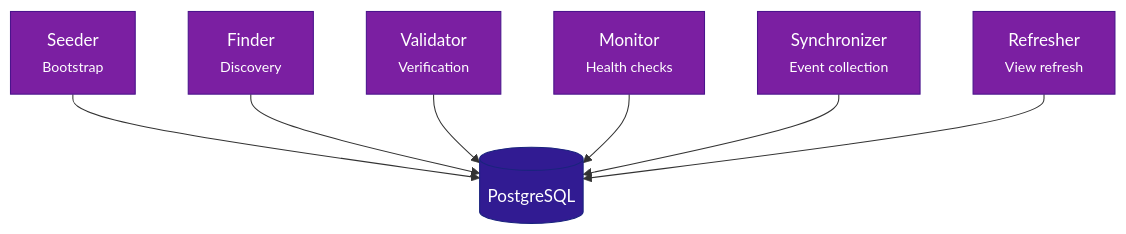
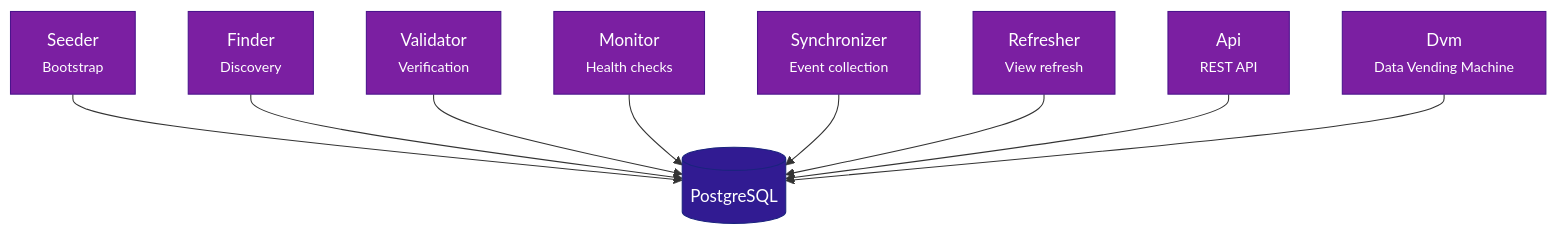
Before and after one commit to BigBrotr/bigbrotr: the diagram in docs/_snippets/pipeline.md, drawn with Mermaid. The commit also changed 11 other files, not shown here.

````diff
--- a/docs/_snippets/pipeline.md
+++ b/docs/_snippets/pipeline.md
@@ -1,26 +1,32 @@
 ```mermaid
 flowchart TD
     DB[("PostgreSQL")]
 
     SE["Seeder<br/><small>Bootstrap</small>"]
     FI["Finder<br/><small>Discovery</small>"]
     VA["Validator<br/><small>Verification</small>"]
     MO["Monitor<br/><small>Health checks</small>"]
     SY["Synchronizer<br/><small>Event collection</small>"]
     RE["Refresher<br/><small>View refresh</small>"]
+    AP["Api<br/><small>REST API</small>"]
+    DV["Dvm<br/><small>Data Vending Machine</small>"]
 
     SE --> DB
     FI --> DB
     VA --> DB
     MO --> DB
     SY --> DB
     RE --> DB
+    AP --> DB
+    DV --> DB
 
     style SE fill:#7B1FA2,color:#fff,stroke:#4A148C
     style FI fill:#7B1FA2,color:#fff,stroke:#4A148C
     style VA fill:#7B1FA2,color:#fff,stroke:#4A148C
     style MO fill:#7B1FA2,color:#fff,stroke:#4A148C
     style SY fill:#7B1FA2,color:#fff,stroke:#4A148C
     style RE fill:#7B1FA2,color:#fff,stroke:#4A148C
+    style AP fill:#7B1FA2,color:#fff,stroke:#4A148C
+    style DV fill:#7B1FA2,color:#fff,stroke:#4A148C
     style DB fill:#311B92,color:#fff,stroke:#1A237E
 ```
````
